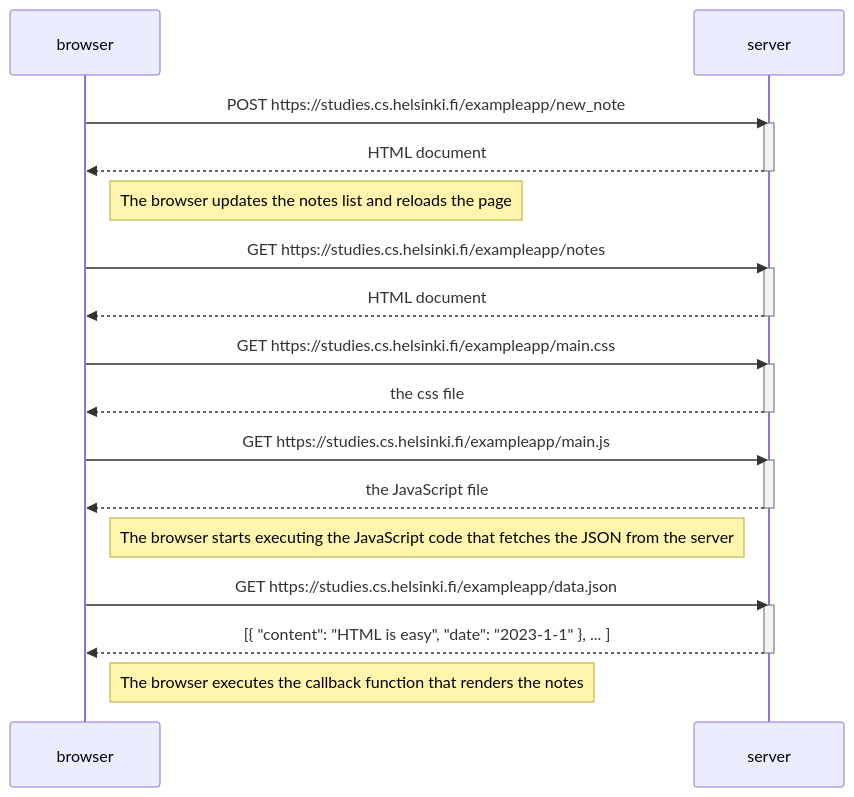
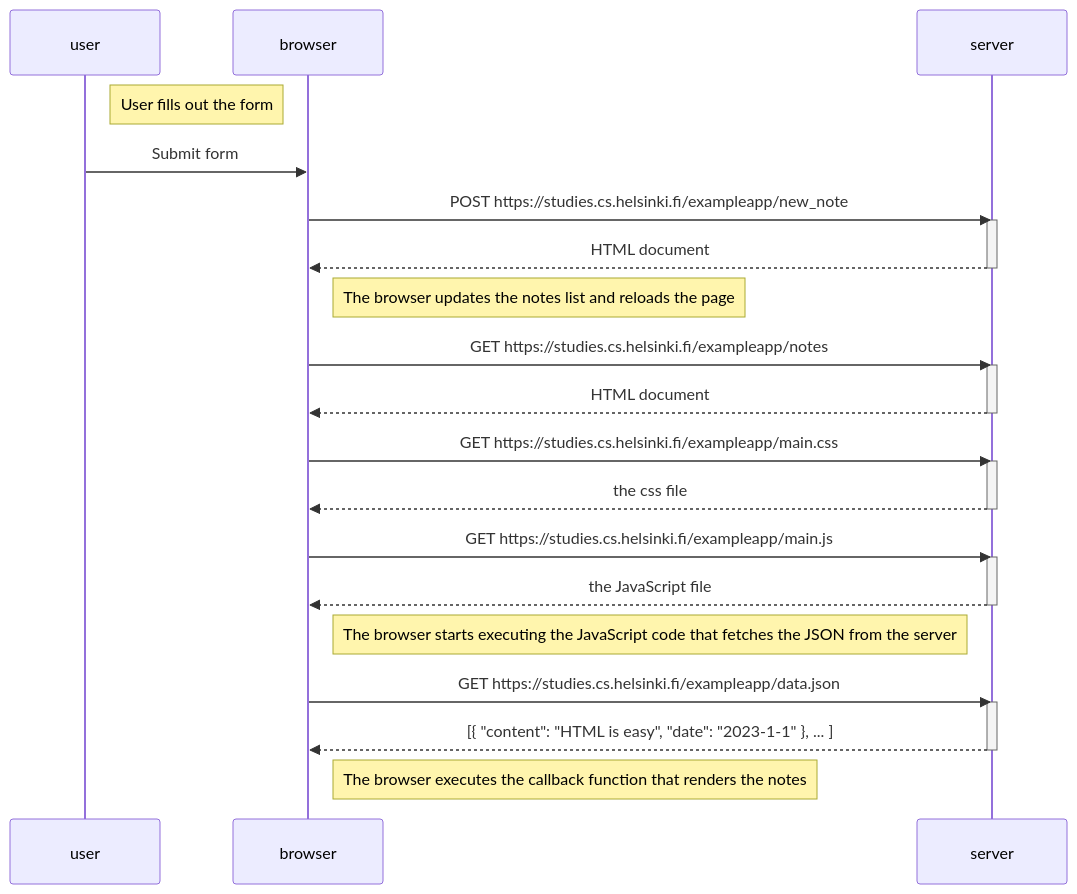
The diagram in part0/ex4.md (stefanopalu/UoH_FScourse), drawn with Mermaid before and after one commit.

````diff
--- a/part0/ex4.md
+++ b/part0/ex4.md
@@ -1,36 +1,40 @@
 ```mermaid
   sequenceDiagram
+    participant user
     participant browser
     participant server
+
+    Note right of user: User fills out the form
+    user->>browser : Submit form
 
     browser->>server: POST https://studies.cs.helsinki.fi/exampleapp/new_note
     activate server
     server-->>browser: HTML document
     deactivate server
 
     Note right of browser: The browser updates the notes list and reloads the page
 
     browser->>server: GET https://studies.cs.helsinki.fi/exampleapp/notes
     activate server
     server-->>browser: HTML document
     deactivate server
 
     browser->>server: GET https://studies.cs.helsinki.fi/exampleapp/main.css
     activate server
     server-->>browser: the css file
     deactivate server
 
     browser->>server: GET https://studies.cs.helsinki.fi/exampleapp/main.js
     activate server
     server-->>browser: the JavaScript file
     deactivate server
 
     Note right of browser: The browser starts executing the JavaScript code that fetches the JSON from the server
 
     browser->>server: GET https://studies.cs.helsinki.fi/exampleapp/data.json
     activate server
     server-->>browser: [{ "content": "HTML is easy", "date": "2023-1-1" }, ... ]
     deactivate server
 
     Note right of browser: The browser executes the callback function that renders the notes
 ```
````
